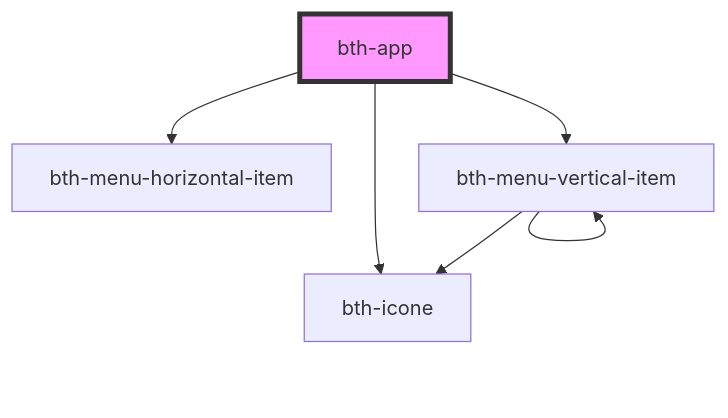
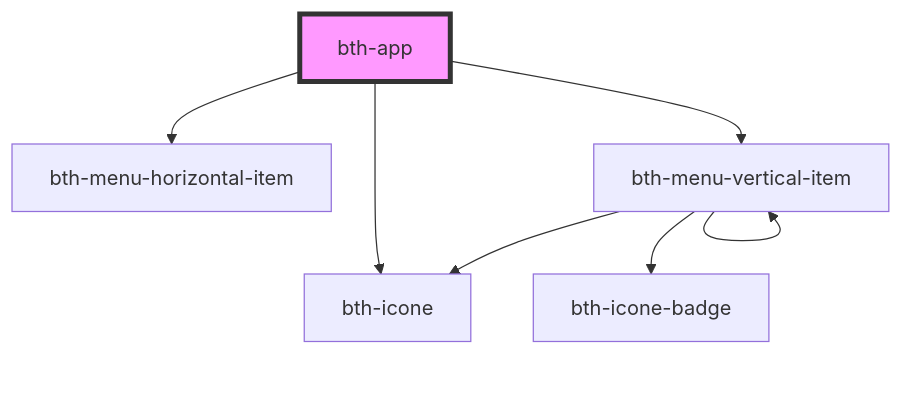
The diagram in src/components/app/readme.md (betha-plataforma/estrutura-componentes), drawn with Mermaid before and after one commit. The commit also changed other lines of this file and 8 other files, not shown here.

Commit message:
Implementa componente IconeBagde e habilita ele para uso no menu vertical.

````diff
--- a/src/components/app/readme.md
+++ b/src/components/app/readme.md
@@ -163,9 +173,10 @@
 ```mermaid
 graph TD;
   bth-app --> bth-icone
   bth-app --> bth-menu-horizontal-item
   bth-app --> bth-menu-vertical-item
+  bth-menu-vertical-item --> bth-icone-badge
   bth-menu-vertical-item --> bth-icone
   bth-menu-vertical-item --> bth-menu-vertical-item
   style bth-app fill:#f9f,stroke:#333,stroke-width:4px
 ```
````
